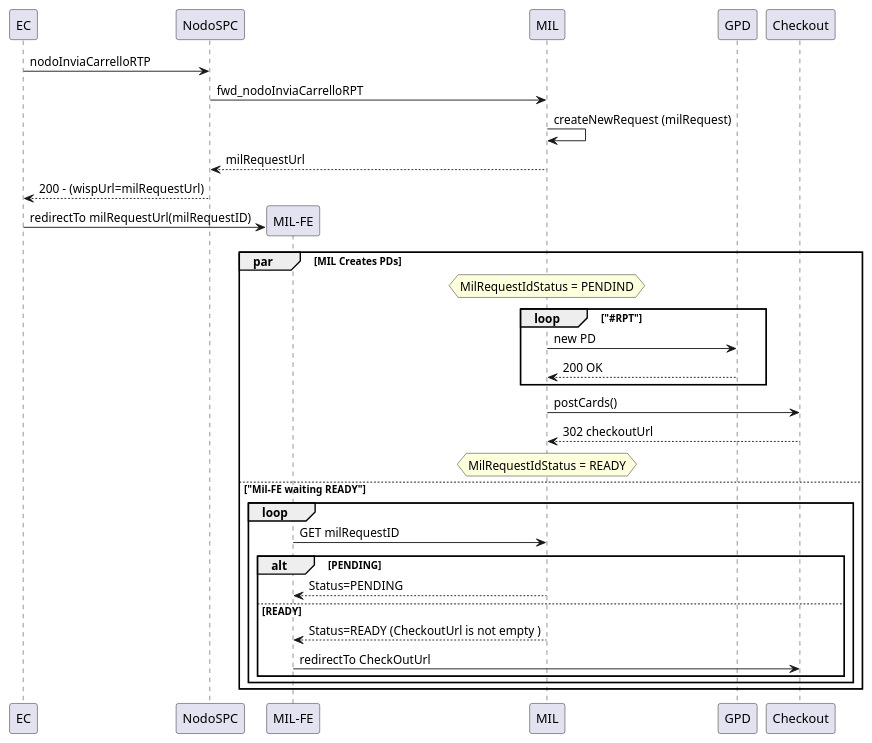
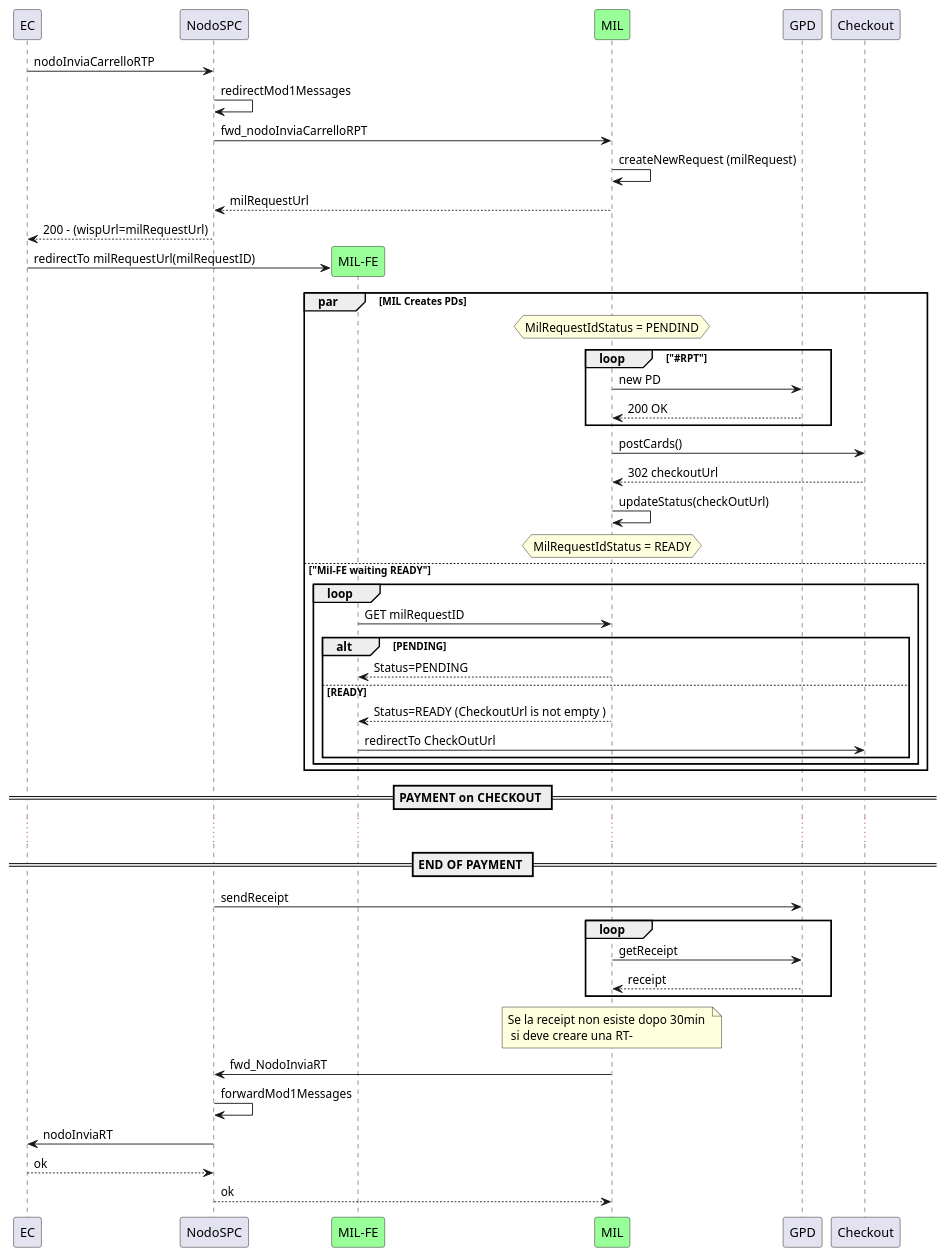
One commit to pagopa/mil-diags changed the diagram in pospa/sd_checkout_async.puml. Above: the diagram before and after it, drawn with PlantUML. The commit also changed 1 other file, not shown here.

Commit message:
add sequence for WISP

```diff
--- a/pospa/sd_checkout_async.puml
+++ b/pospa/sd_checkout_async.puml
@@ -1,57 +1,74 @@
 @startuml 
 
 participant "EC" as ec
 participant "NodoSPC" as pagopa 
-participant "MIL-FE" as mil_fe
-participant "MIL" as mil 
+participant "MIL-FE" as mil_fe #99FF99
+participant "MIL" as mil #99FF99
 
 participant "GPD" as gpd
 participant "Checkout" as checkout 
 
 
 
 ec -> pagopa : nodoInviaCarrelloRTP
-
+pagopa -> pagopa : redirectMod1Messages
 pagopa -> mil : fwd_nodoInviaCarrelloRPT
 mil -> mil : createNewRequest (milRequest)
 mil --> pagopa : milRequestUrl
 
 pagopa --> ec : 200 - (wispUrl=milRequestUrl)
 
 Create mil_fe
 ec -> mil_fe : redirectTo milRequestUrl(milRequestID)
 
 
 par MIL Creates PDs 
     hnote over mil : MilRequestIdStatus = PENDIND
     loop "#RPT"
     mil -> gpd : new PD
     gpd --> mil : 200 OK 
     end  
 
     mil -> checkout : postCards()
     checkout --> mil : 302 checkoutUrl
+    mil -> mil : updateStatus(checkOutUrl) 
     hnote over mil : MilRequestIdStatus = READY
 
  else "Mil-FE waiting READY"
  loop 
   mil_fe -> mil : GET milRequestID
   alt PENDING
   mil --> mil_fe : Status=PENDING
   else READY
   mil --> mil_fe : Status=READY (CheckoutUrl is not empty ) 
   mil_fe -> checkout : redirectTo CheckOutUrl 
   end
   end 
 end
 
+== PAYMENT on CHECKOUT ==
+... 
+==END OF PAYMENT ==
+pagopa -> gpd : sendReceipt
+loop 
+mil -> gpd : getReceipt
+gpd --> mil : receipt 
+end 
+
+note over mil : Se la receipt non esiste dopo 30min \n si deve creare una RT-
+mil -> pagopa : fwd_NodoInviaRT
+pagopa -> pagopa : forwardMod1Messages
+pagopa -> ec : nodoInviaRT
+ec --> pagopa : ok
+pagopa --> mil  : ok 
+
 
 
 
 
 
 
 
 
 
 @enduml 
```
